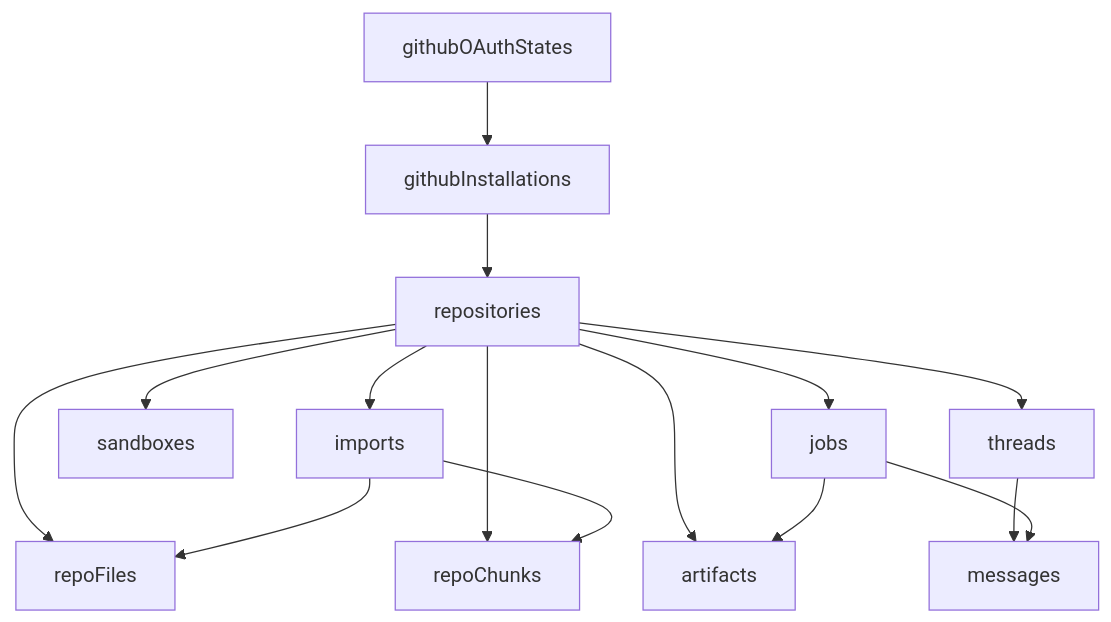
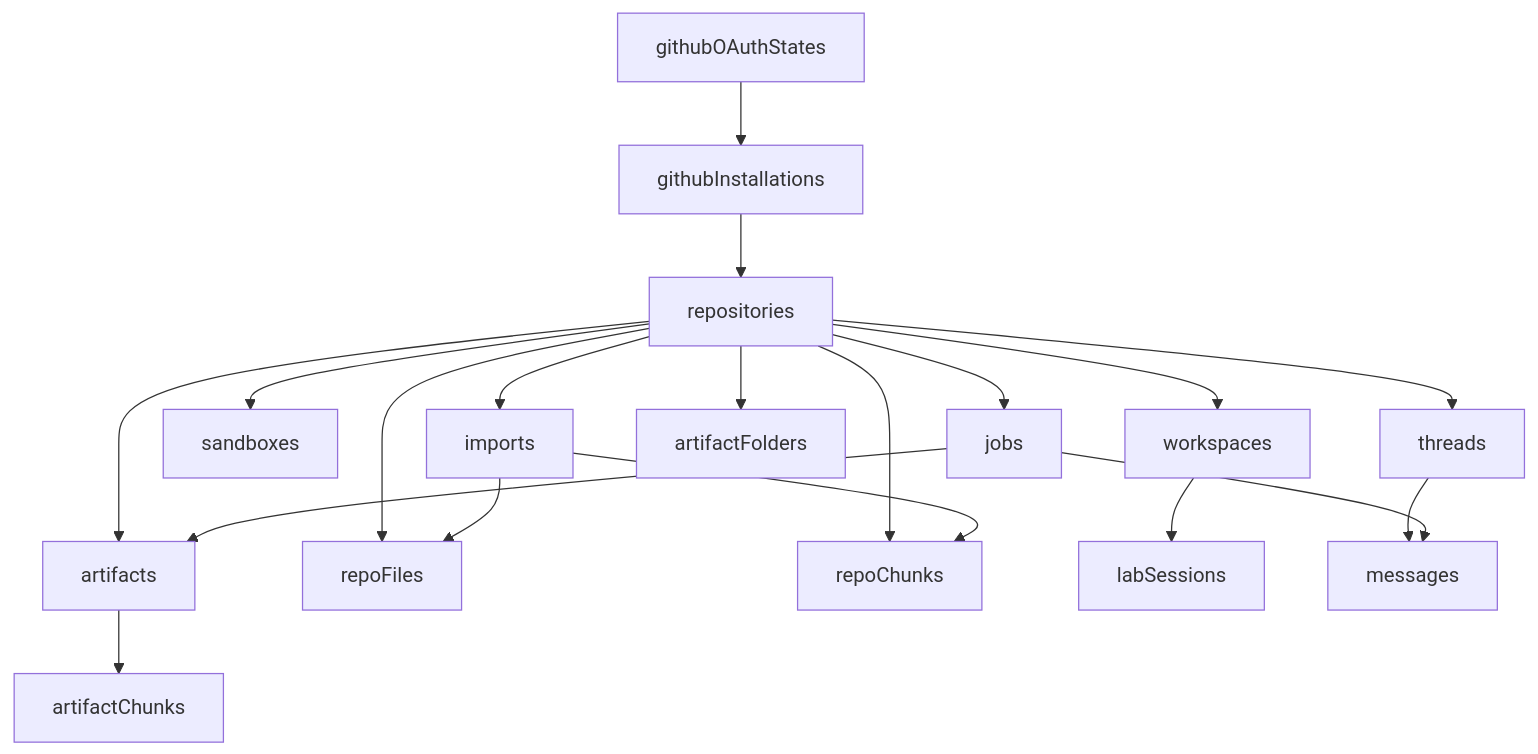
One commit to EricTsai83/systify changed the diagram in docs/domain-and-data-model.md. Above: the diagram before and after it, drawn with Mermaid. The commit also changed other lines of this file and 37 other files, not shown here.

````diff
--- a/docs/domain-and-data-model.md
+++ b/docs/domain-and-data-model.md
@@ -17,29 +18,37 @@
 ```mermaid
 flowchart TD
   Repository[repositories]
   Import[imports]
   Sandbox[sandboxes]
   Job[jobs]
   Artifact[artifacts]
   RepoFile[repoFiles]
   RepoChunk[repoChunks]
+  Workspace[workspaces]
+  ArtifactFolder[artifactFolders]
+  ArtifactChunk[artifactChunks]
+  LabSession[labSessions]
   Thread[threads]
   Message[messages]
   Installation[githubInstallations]
   OAuthState[githubOAuthStates]
 
   Repository --> Import
   Repository --> Sandbox
   Repository --> Job
   Repository --> Artifact
   Repository --> RepoFile
   Repository --> RepoChunk
+  Repository --> Workspace
+  Repository --> ArtifactFolder
+  Artifact --> ArtifactChunk
+  Workspace --> LabSession
   Repository --> Thread
   Thread --> Message
   Import --> RepoFile
   Import --> RepoChunk
   Job --> Artifact
   Job --> Message
   Installation --> Repository
   OAuthState --> Installation
 ```
````
